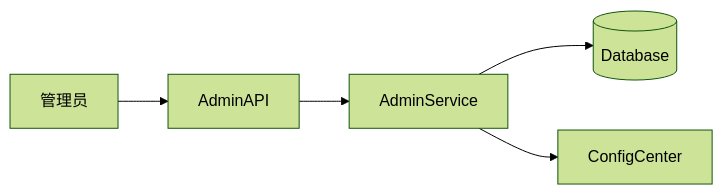
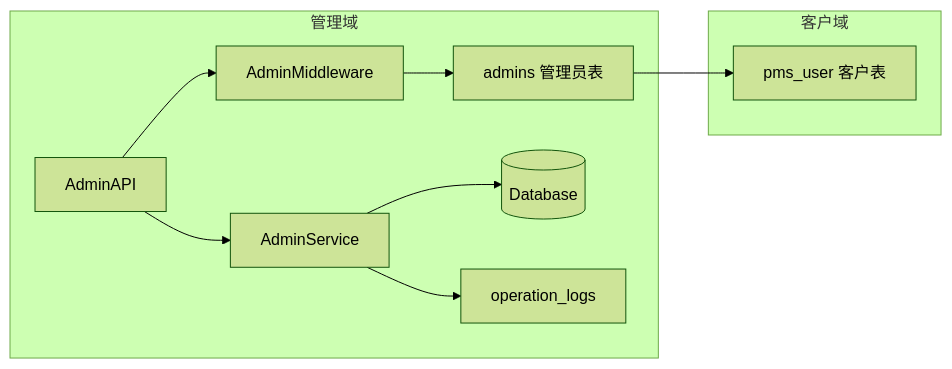
The second of 2 diagrams in docs/[10]管理后台模块/README.md (fairyspace/x-media), drawn with Mermaid (forest theme) before and after one commit. The commit also changed other lines of this file and 2 other files, not shown here.

````diff
--- a/docs/[10]管理后台模块/README.md
+++ b/docs/[10]管理后台模块/README.md
@@ -56,7 +117,14 @@
 ```mermaid
 flowchart LR
-    A[管理员] --> B[AdminAPI]
-    B --> C[AdminService]
-    C --> D[(Database)]
-    C --> E[ConfigCenter]
+    subgraph 客户域
+        A[pms_user 客户表]
+    end
+    subgraph 管理域
+        B[admins 管理员表] --> A
+        C[AdminMiddleware] --> B
+        D[AdminAPI] --> C
+        D --> E[AdminService]
+        E --> F[(Database)]
+        E --> G[operation_logs]
+    end
 ```
````
